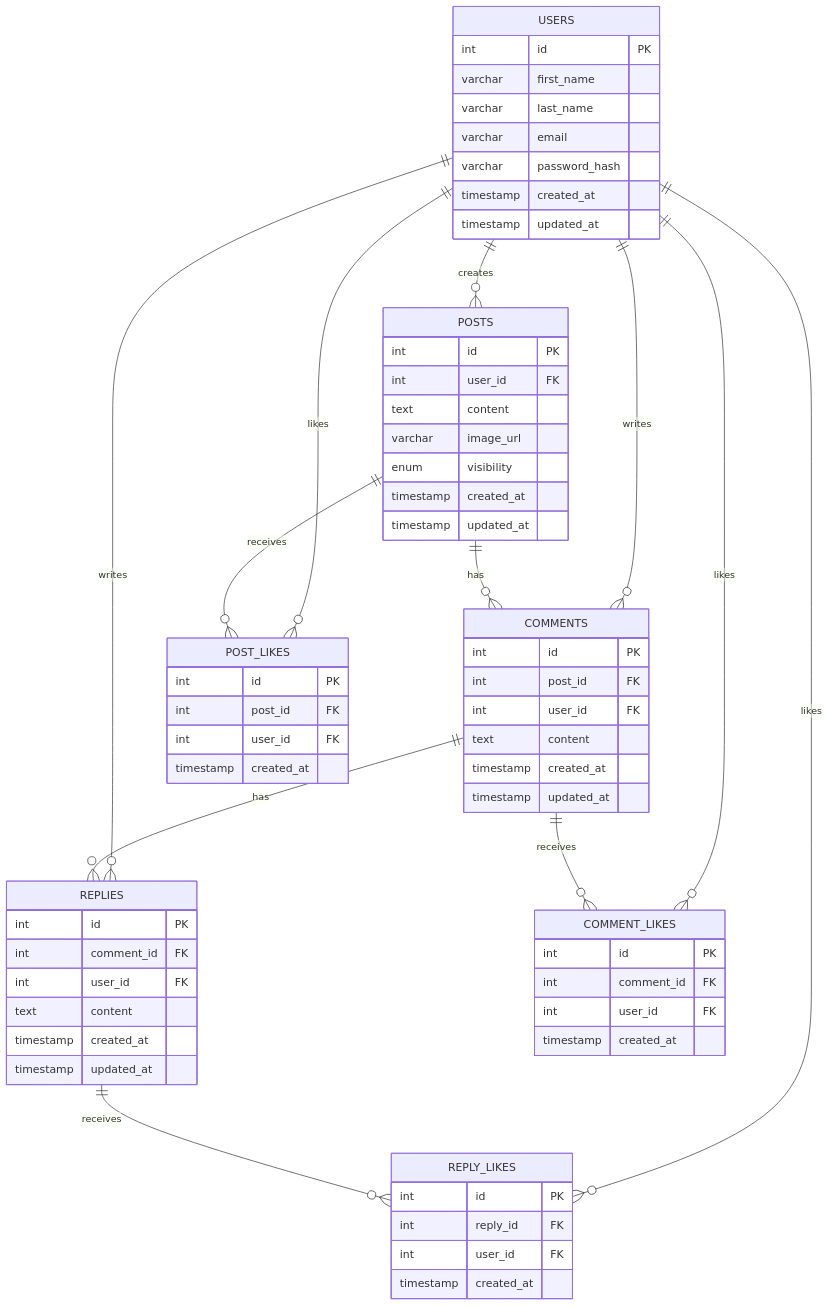
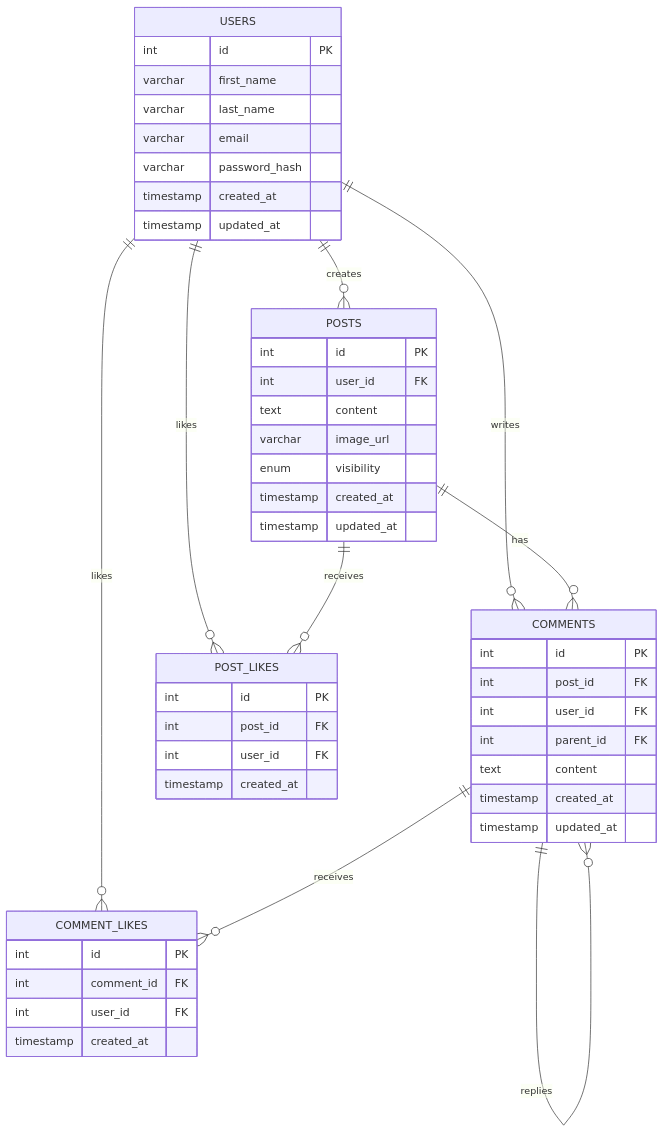
The diagram in database.md (NASIR-CSE-RU/laravel-blog-api), drawn with Mermaid before and after one commit. The commit also changed other lines of this file and 14 other files, not shown here.

````diff
--- a/database.md
+++ b/database.md
@@ -5,76 +5,57 @@
 ```mermaid
 erDiagram
     USERS {
         int id PK
         varchar first_name
         varchar last_name
         varchar email
         varchar password_hash
         timestamp created_at
         timestamp updated_at
     }
 
     POSTS {
         int id PK
         int user_id FK
         text content
         varchar image_url
         enum visibility
         timestamp created_at
         timestamp updated_at
     }
 
     COMMENTS {
         int id PK
         int post_id FK
         int user_id FK
-        text content
-        timestamp created_at
-        timestamp updated_at
-    }
-
-    REPLIES {
-        int id PK
-        int comment_id FK
-        int user_id FK
+        int parent_id FK
         text content
         timestamp created_at
         timestamp updated_at
     }
 
     POST_LIKES {
         int id PK
         int post_id FK
         int user_id FK
         timestamp created_at
     }
 
     COMMENT_LIKES {
         int id PK
         int comment_id FK
         int user_id FK
         timestamp created_at
     }
 
-    REPLY_LIKES {
-        int id PK
-        int reply_id FK
-        int user_id FK
-        timestamp created_at
-    }
-
     USERS ||--o{ POSTS          : "creates"
     USERS ||--o{ COMMENTS       : "writes"
-    USERS ||--o{ REPLIES        : "writes"
     USERS ||--o{ POST_LIKES     : "likes"
     USERS ||--o{ COMMENT_LIKES  : "likes"
-    USERS ||--o{ REPLY_LIKES    : "likes"
 
     POSTS    ||--o{ COMMENTS      : "has"
     POSTS    ||--o{ POST_LIKES    : "receives"
 
-    COMMENTS ||--o{ REPLIES       : "has"
+    COMMENTS ||--o{ COMMENTS      : "replies"
     COMMENTS ||--o{ COMMENT_LIKES : "receives"
-
-    REPLIES  ||--o{ REPLY_LIKES   : "receives"
 ```
````
